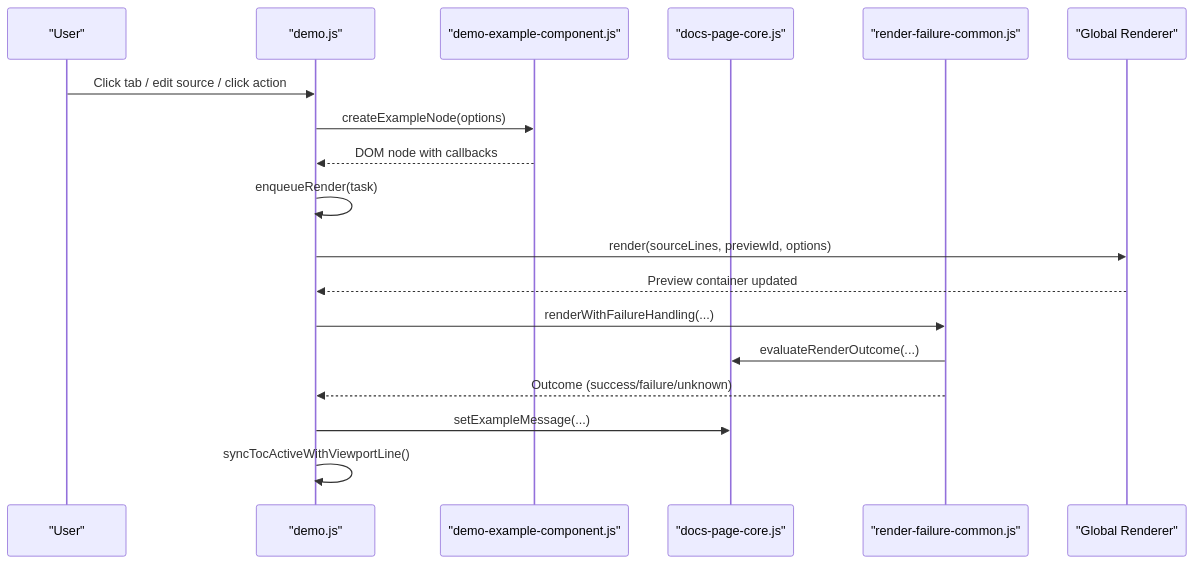
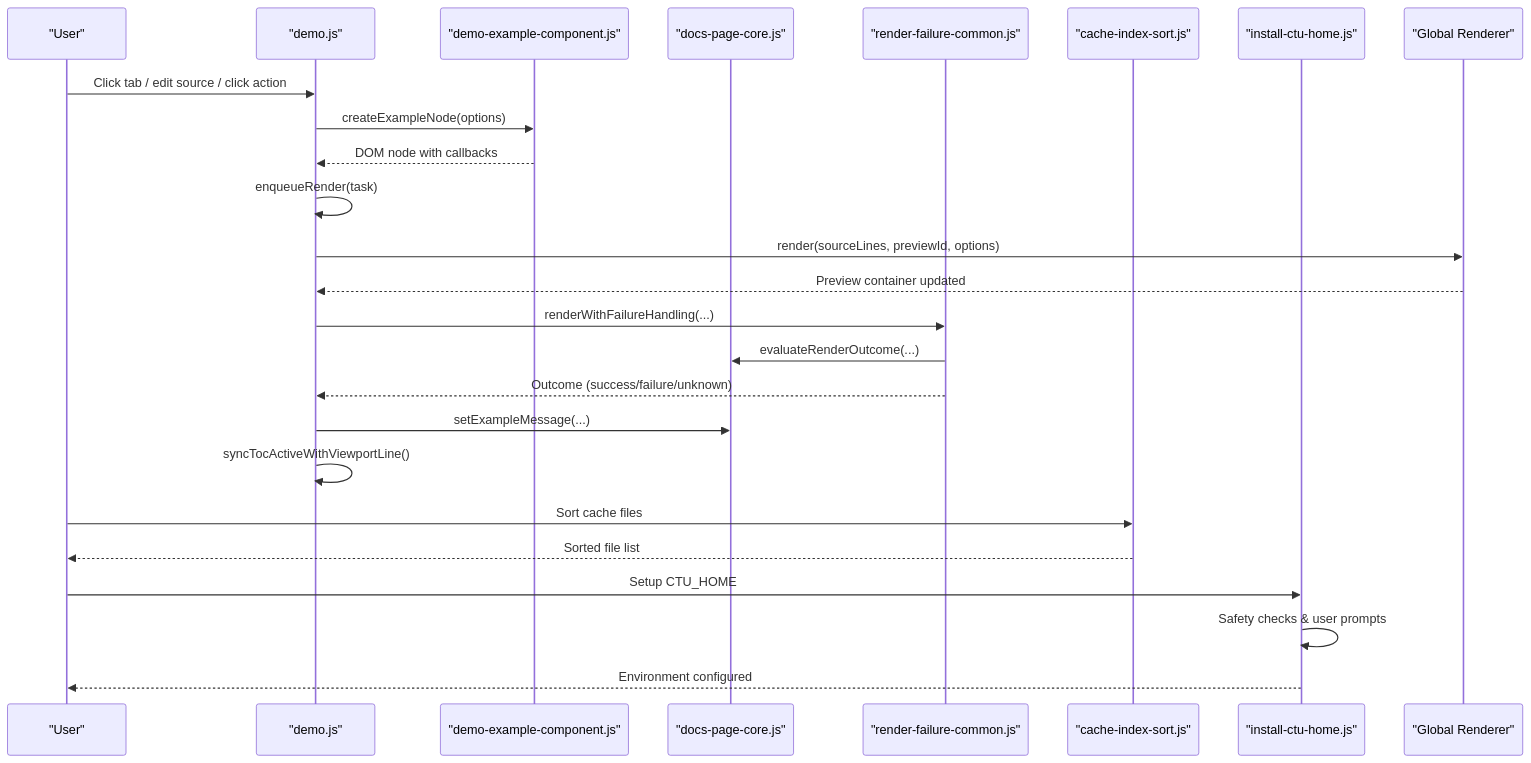
Before and after one commit to pingwurth/code-to-uml: the second of 4 diagrams in .qoder/repowiki/en/content/Core Components/Core Components.md, drawn with Mermaid. The commit also changed other lines of this file and 48 other files, not shown here.

````diff
--- a/.qoder/repowiki/en/content/Core Components/Core Components.md
+++ b/.qoder/repowiki/en/content/Core Components/Core Components.md
@@ -103,20 +141,27 @@
 ```mermaid
 sequenceDiagram
 participant User as "User"
 participant Demo as "demo.js"
 participant Example as "demo-example-component.js"
 participant Core as "docs-page-core.js"
 participant Failure as "render-failure-common.js"
+participant CacheSort as "cache-index-sort.js"
+participant Install as "install-ctu-home.js"
 participant Renderer as "Global Renderer"
 User->>Demo : Click tab / edit source / click action
 Demo->>Example : createExampleNode(options)
 Example-->>Demo : DOM node with callbacks
 Demo->>Demo : enqueueRender(task)
 Demo->>Renderer : render(sourceLines, previewId, options)
 Renderer-->>Demo : Preview container updated
 Demo->>Failure : renderWithFailureHandling(...)
 Failure->>Core : evaluateRenderOutcome(...)
 Failure-->>Demo : Outcome (success/failure/unknown)
 Demo->>Core : setExampleMessage(...)
 Demo->>Demo : syncTocActiveWithViewportLine()
+User->>CacheSort : Sort cache files
+CacheSort-->>User : Sorted file list
+User->>Install : Setup CTU_HOME
+Install->>Install : Safety checks & user prompts
+Install-->>User : Environment configured
 ```
````
